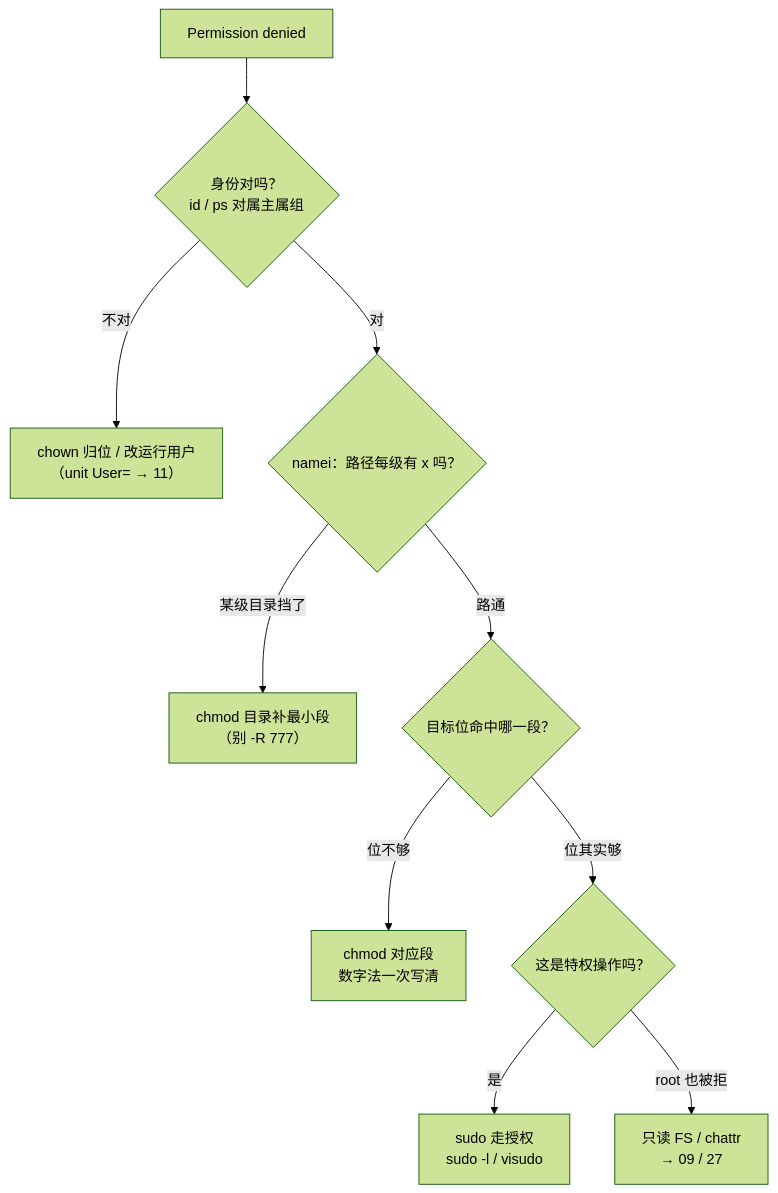
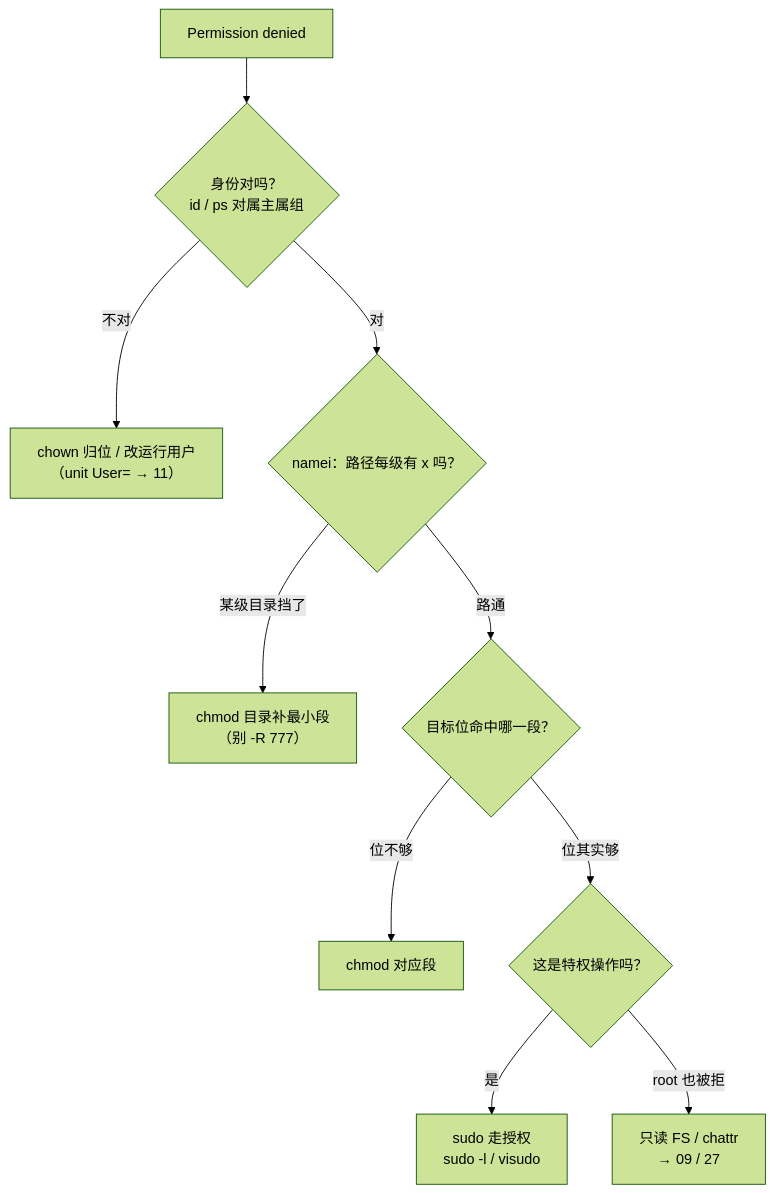
Before and after one commit to ml-cuizijun/LearnToLilith: the third of 4 diagrams in 01-基础底座/25-用户权限与特殊位/知识点.md, drawn with Mermaid (forest theme). The commit also changed other lines of this file and 178 other files, not shown here.

````diff
--- a/01-基础底座/25-用户权限与特殊位/知识点.md
+++ b/01-基础底座/25-用户权限与特殊位/知识点.md
@@ -470,12 +463,12 @@
 ```mermaid
 flowchart TB
     A["Permission denied"] --> B{"身份对吗？<br/>id / ps 对属主属组"}
     B -->|"不对"| C["chown 归位 / 改运行用户<br/>（unit User= → 11）"]
     B -->|对| D{"namei：路径每级有 x 吗？"}
     D -->|"某级目录挡了"| E["chmod 目录补最小段<br/>（别 -R 777）"]
     D -->|路通| F{"目标位命中哪一段？"}
-    F -->|"位不够"| G["chmod 对应段<br/>数字法一次写清"]
+    F -->|"位不够"| G["chmod 对应段"]
     F -->|"位其实够"| H{"这是特权操作吗？"}
     H -->|"是"| I["sudo 走授权<br/>sudo -l / visudo"]
     H -->|"root 也被拒"| J["只读 FS / chattr<br/>→ 09 / 27"]
 ```
````
